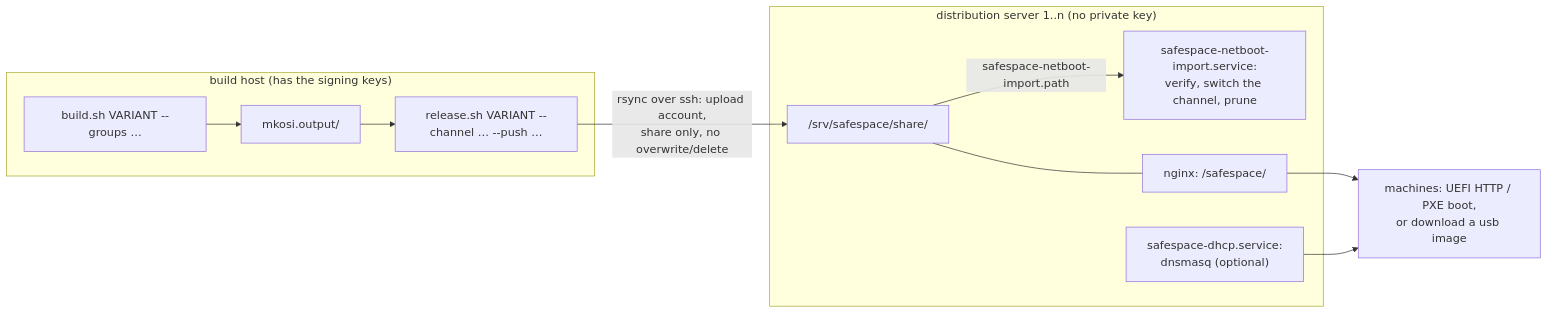
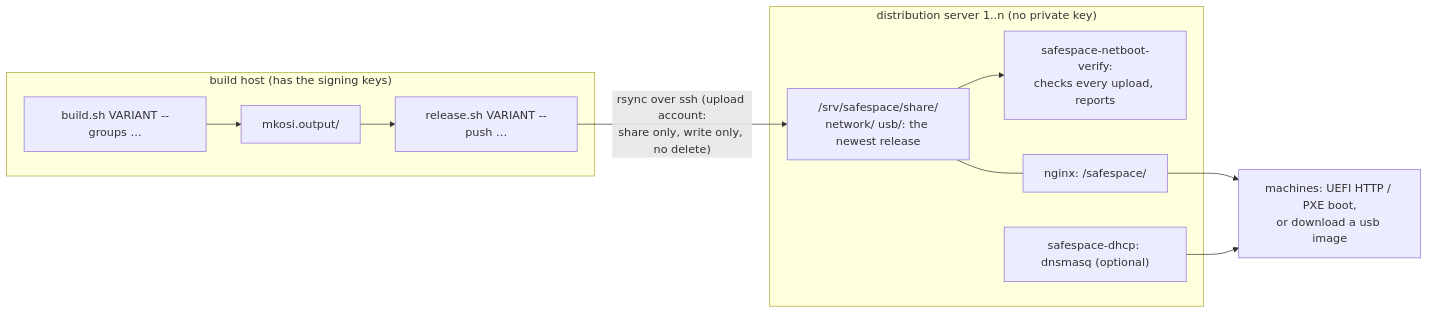
The diagram in README.md (tpm2-trust/safearch), drawn with Mermaid before and after one commit. The commit also changed other lines of this file and 30 other files, not shown here.

````diff
--- a/README.md
+++ b/README.md
@@ -38,16 +39,18 @@
 ```mermaid
 flowchart LR
   subgraph B["build host (has the signing keys)"]
     BS["build.sh VARIANT --groups …"] --> O["mkosi.output/"]
-    O --> R["release.sh VARIANT --channel … --push …"]
+    O --> R["release.sh VARIANT --push …"]
   end
-  R -- "rsync over ssh: upload account,<br/>share only, no overwrite/delete" --> SH
+  R -- "rsync over ssh (upload account:<br/>share only, write only, no delete)" --> SH
   subgraph S["distribution server 1..n (no private key)"]
-    SH["/srv/safespace/share/"] -- "safespace-netboot-import.path" --> IM["safespace-netboot-import.service:<br/>verify, switch the channel, prune"]
+    SH["/srv/safespace/share/<br/>network/ usb/: the newest release"]
+    V["safespace-netboot-verify:<br/>checks every upload, reports"]
     N["nginx: /safespace/"]
-    D["safespace-dhcp.service:<br/>dnsmasq (optional)"]
+    D["safespace-dhcp: dnsmasq (optional)"]
   end
+  SH --> V
   SH --- N
   N --> M["machines: UEFI HTTP / PXE boot,<br/>or download a usb image"]
   D --> M
 ```
````
